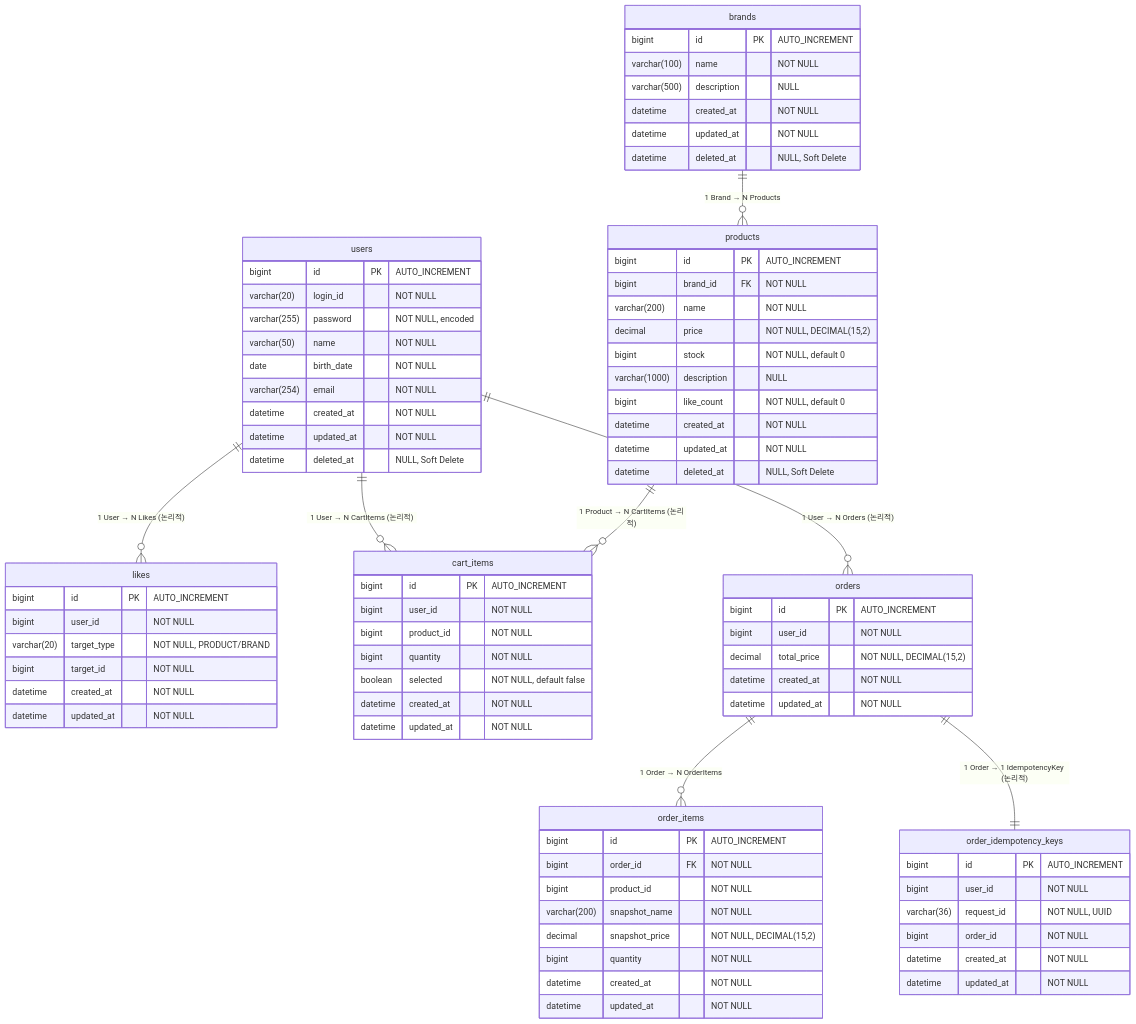
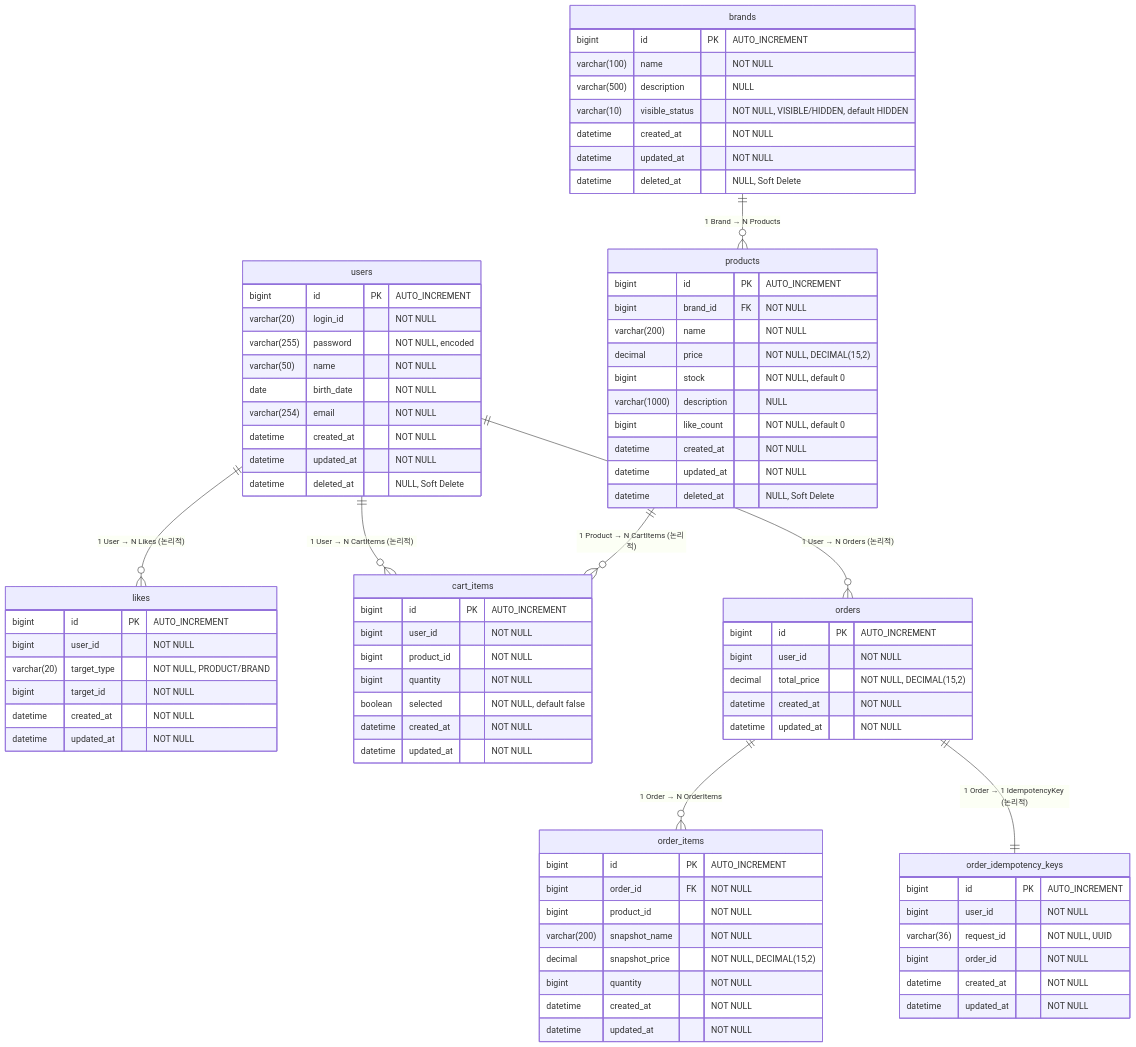
Before and after one commit to Hwan0518/loop-pack-be-l2-vol3-java: the diagram in docs/design/04-erd-claude.md, drawn with Mermaid. The commit also changed other lines of this file and 4 other files, not shown here.

First line of the commit message:
docs: Brand visibleStatus(VISIBLE/HIDDEN) 설계 문서 업데이트

```diff
--- a/docs/design/04-erd-claude.md
+++ b/docs/design/04-erd-claude.md
@@ -112,6 +112,7 @@
         bigint id PK "AUTO_INCREMENT"
         varchar(100) name "NOT NULL"
         varchar(500) description "NULL"
+        varchar(10) visible_status "NOT NULL, VISIBLE/HIDDEN, default HIDDEN"
         datetime created_at "NOT NULL"
         datetime updated_at "NOT NULL"
         datetime deleted_at "NULL, Soft Delete"
```
